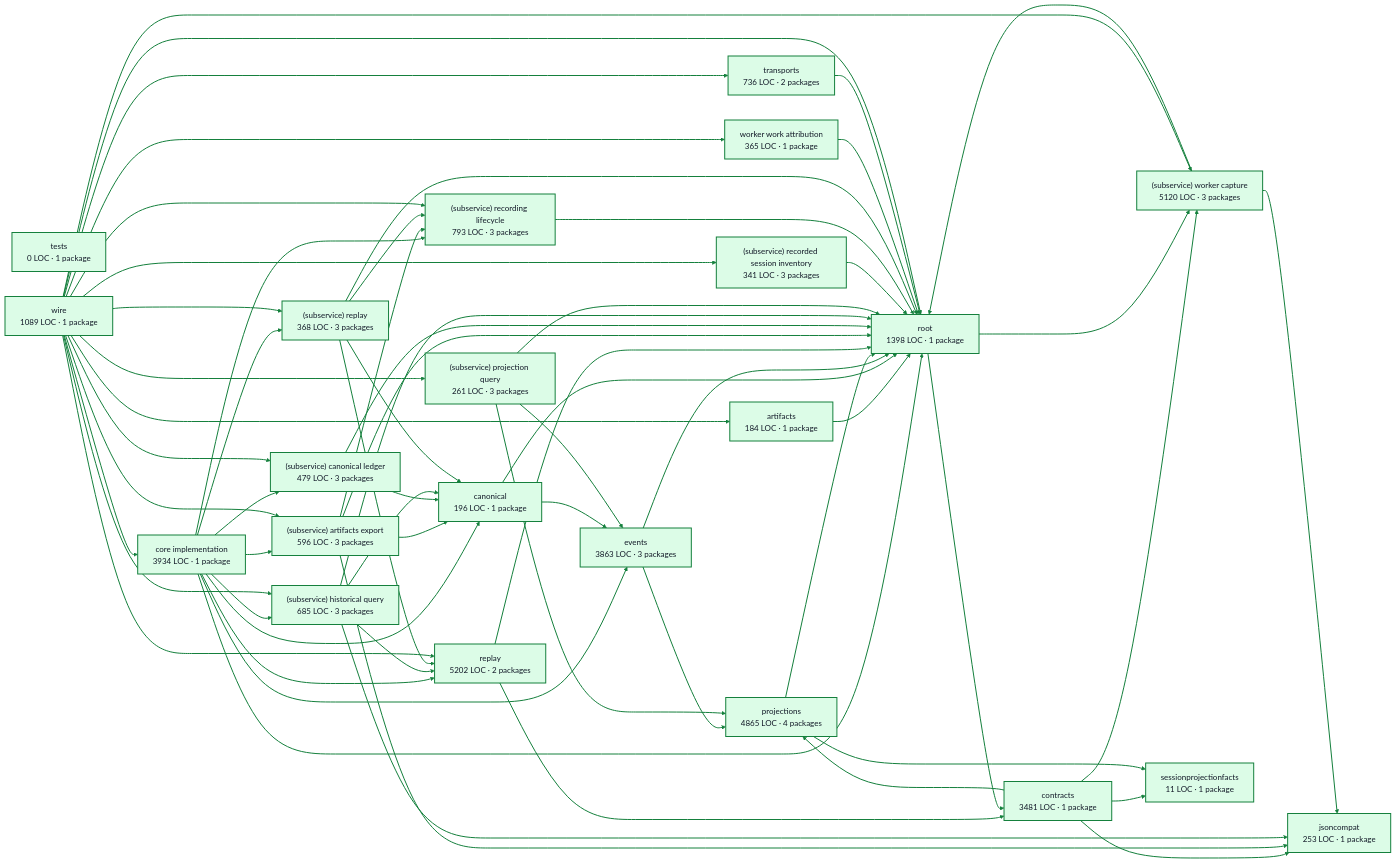
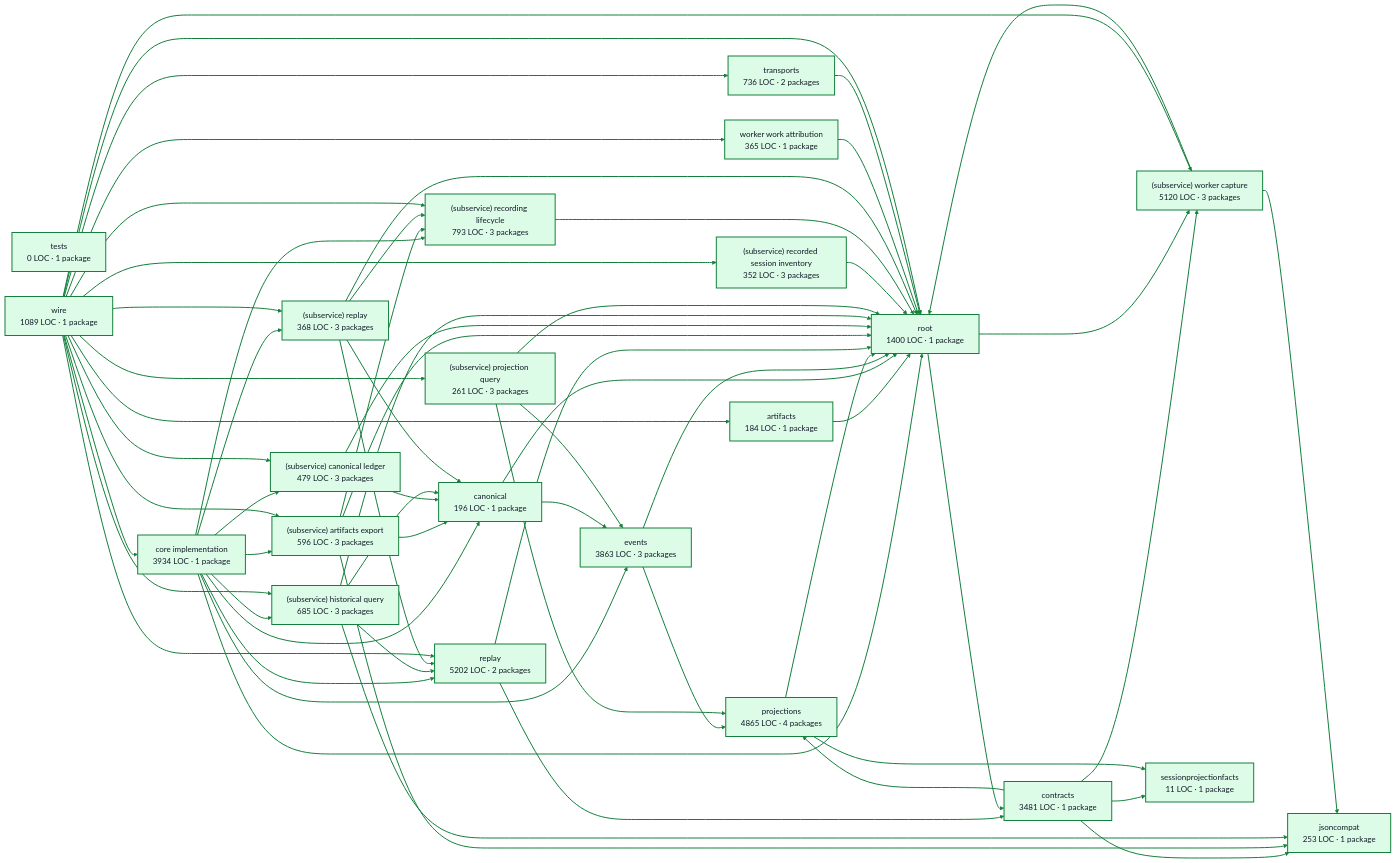
The diagram in docs/architecture/visualizations/services/recordings.md (portpowered/you-agent-factory), drawn with Mermaid before and after one commit. The commit also changed other lines of this file and 20 other files, not shown here.

Commit message:
docs: refresh backend architecture visualizations

```diff
--- a/docs/architecture/visualizations/services/recordings.md
+++ b/docs/architecture/visualizations/services/recordings.md
@@ -22,14 +22,14 @@
   p9["(subservice) canonical ledger<br/>479 LOC · 3 packages"]
   p10["(subservice) historical query<br/>685 LOC · 3 packages"]
   p11["(subservice) projection query<br/>261 LOC · 3 packages"]
-  p12["(subservice) recorded session inventory<br/>341 LOC · 3 packages"]
+  p12["(subservice) recorded session inventory<br/>352 LOC · 3 packages"]
   p13["(subservice) recording lifecycle<br/>793 LOC · 3 packages"]
   p14["(subservice) replay<br/>368 LOC · 3 packages"]
   p15["(subservice) worker capture<br/>5120 LOC · 3 packages"]
   p16["sessionprojectionfacts<br/>11 LOC · 1 package"]
   p17["tests<br/>0 LOC · 1 package"]
   p18["worker work attribution<br/>365 LOC · 1 package"]
-  p19["root<br/>1398 LOC · 1 package"]
+  p19["root<br/>1400 LOC · 1 package"]
   p20["transports<br/>736 LOC · 2 packages"]
   p21["wire<br/>1089 LOC · 1 package"]
   p0 --> p2
```
